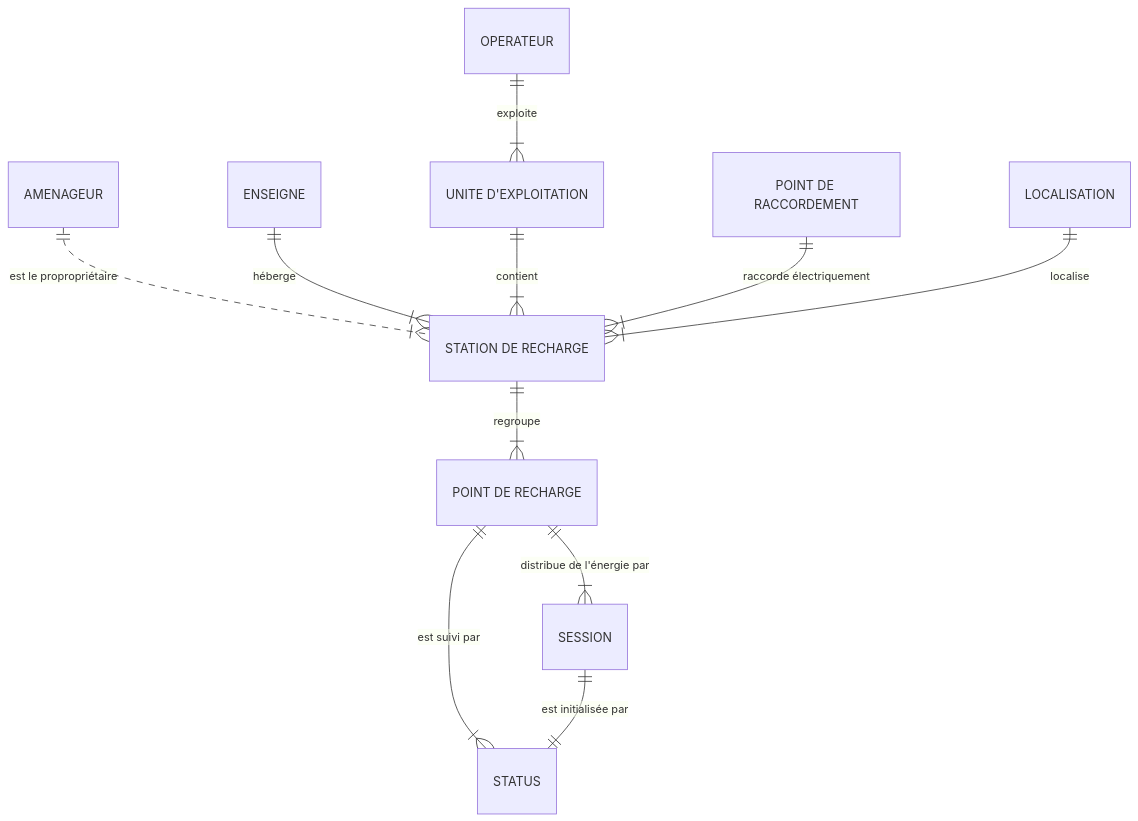
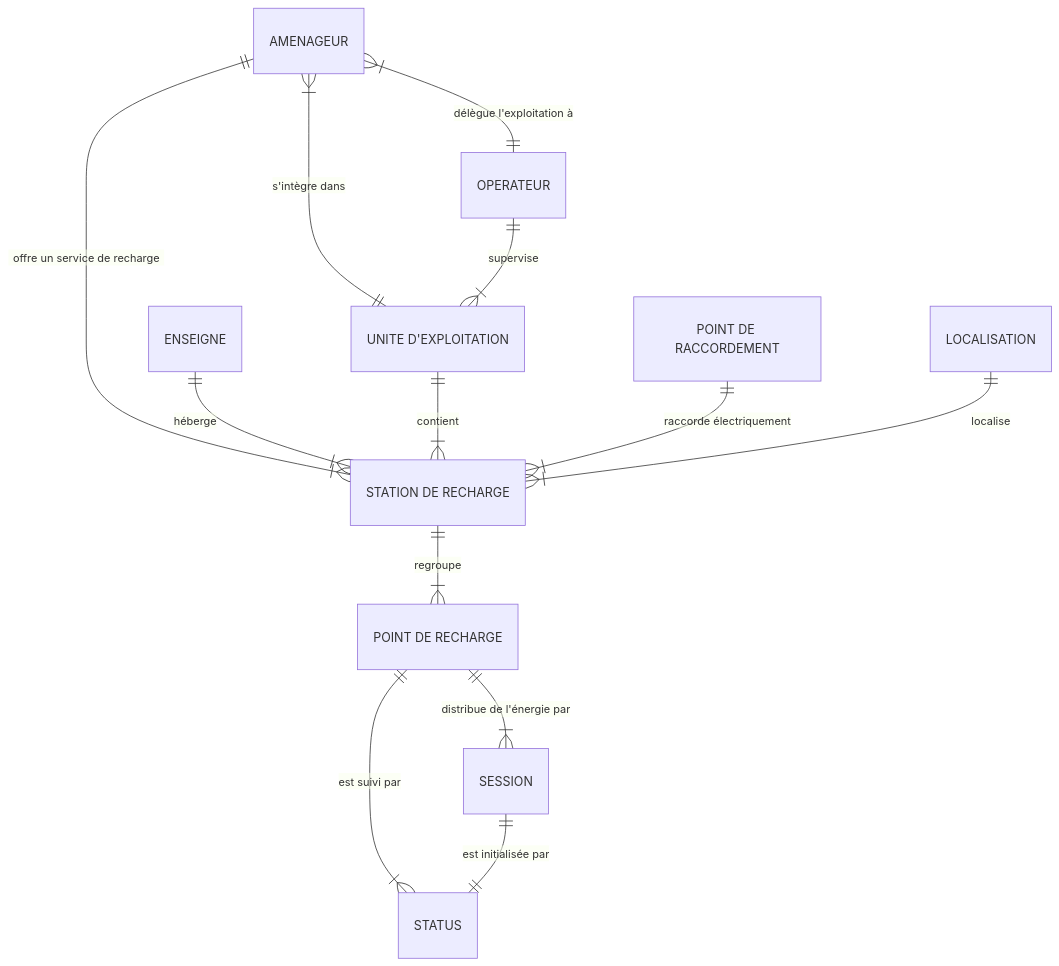
The fifth of 16 diagrams in docs/modele.md (MTES-MCT/qualicharge), drawn with Mermaid before and after one commit. The commit also changed other lines of this file, not shown here.

````diff
--- a/docs/modele.md
+++ b/docs/modele.md
@@ -158,13 +180,15 @@
 ```mermaid
 erDiagram
-    AMENAGEUR ||..|{ "STATION DE RECHARGE" : "est le propropriétaire"
+    AMENAGEUR ||--|{ "STATION DE RECHARGE" : "offre un service de recharge"
+    AMENAGEUR |{--|| "UNITE D'EXPLOITATION" : "s'intègre dans"
     ENSEIGNE ||--|{ "STATION DE RECHARGE": "héberge"
-    OPERATEUR ||--|{ "UNITE D'EXPLOITATION": "exploite"
-    "UNITE D'EXPLOITATION" ||--|{ "STATION DE RECHARGE": "contient"    
+    OPERATEUR ||--|{ "UNITE D'EXPLOITATION": "supervise"
+    AMENAGEUR |{--|| OPERATEUR: "délègue l'exploitation à"
+    "UNITE D'EXPLOITATION" ||--|{ "STATION DE RECHARGE": "contient"
     "POINT DE RACCORDEMENT" ||--|{ "STATION DE RECHARGE" : "raccorde électriquement"
     LOCALISATION ||--|{ "STATION DE RECHARGE": "localise"
     "STATION DE RECHARGE" ||--|{ "POINT DE RECHARGE" : regroupe
     "POINT DE RECHARGE" ||--|{ "STATUS" : "est suivi par"
     "POINT DE RECHARGE" ||--|{ "SESSION" : "distribue de l'énergie par"
     "SESSION" ||--|| "STATUS" : "est initialisée par"
 ```
````
